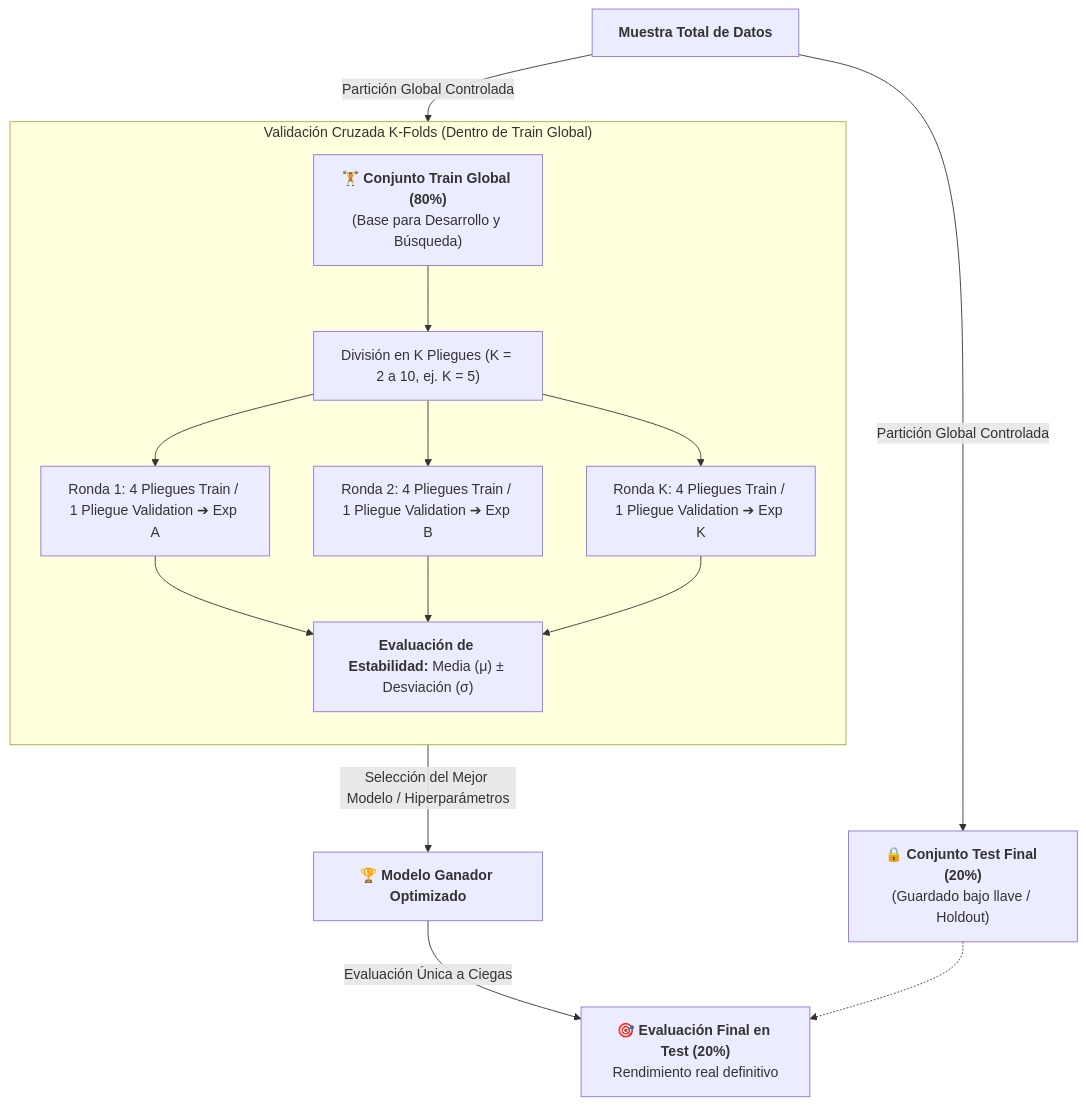
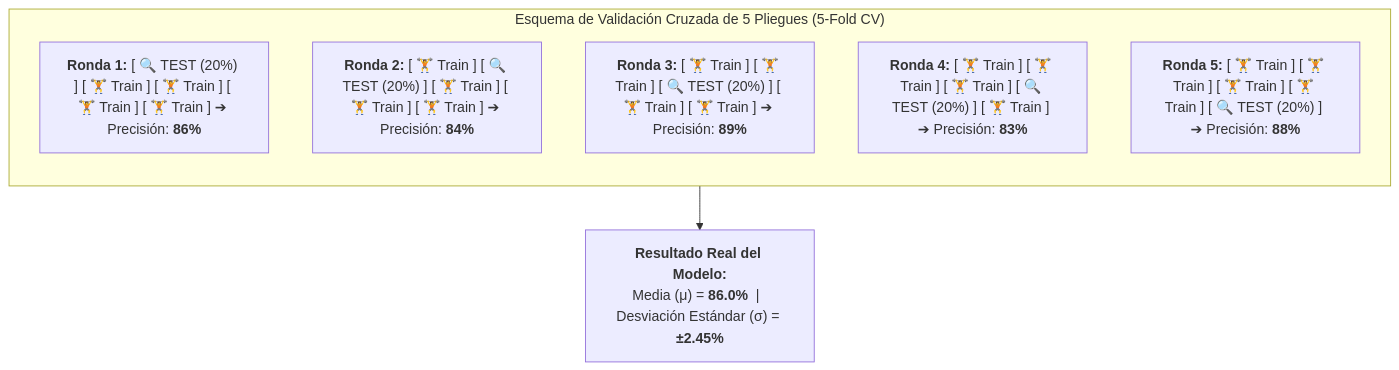
One commit to Eddyfals0/notas-obsidia-oto-o-2026 changed the fourth of 4 diagrams in minería de datos/4. Población, Muestreo, Train-Test y Cobertura Convexa de Patrones.md. Above: the diagram before and after it, drawn with Mermaid. The commit also changed other lines of this file and 3 other files, not shown here.

Commit message:
docs: detallar media, desviacion estandar e intervalos min/max con preguntas para profesor

````diff
--- a/minería de datos/4. Población, Muestreo, Train-Test y Cobertura Convexa de Patrones.md
+++ b/minería de datos/4. Población, Muestreo, Train-Test y Cobertura Convexa de Patrones.md
@@ -247,20 +217,12 @@
 ```mermaid
 flowchart TD
-    MUE["<b>Muestra Total de Datos</b>"] -->|Partición Global Controlada| TR_GLOB["🏋️ <b>Conjunto Train Global (80%)</b><br>(Base para Desarrollo y Búsqueda)"]
-    MUE -->|Partición Global Controlada| TE_GLOB["🔒 <b>Conjunto Test Final (20%)</b><br>(Guardado bajo llave / Holdout)"]
-
-    subgraph CV_INTERNA ["Validación Cruzada K-Folds (Dentro de Train Global)"]
+    subgraph KFold ["Esquema de Validación Cruzada de 5 Pliegues (5-Fold CV)"]
         direction TB
-        TR_GLOB --> FOLDS["División en K Pliegues (K = 2 a 10, ej. K = 5)"]
-        FOLDS --> R1["Ronda 1: 4 Pliegues Train / 1 Pliegue Validation ➔ Exp A"]
-        FOLDS --> R2["Ronda 2: 4 Pliegues Train / 1 Pliegue Validation ➔ Exp B"]
-        FOLDS --> RK["Ronda K: 4 Pliegues Train / 1 Pliegue Validation ➔ Exp K"]
-        R1 --> RES_CV["<b>Evaluación de Estabilidad:</b> Media (μ) ± Desviación (σ)"]
-        R2 --> RES_CV
-        RK --> RES_CV
+        R1["<b>Ronda 1:</b> [ 🔍 TEST (20%) ] [ 🏋️ Train ] [ 🏋️ Train ] [ 🏋️ Train ] [ 🏋️ Train ] ➔ Precisión: <b>86%</b>"]
+        R2["<b>Ronda 2:</b> [ 🏋️ Train ] [ 🔍 TEST (20%) ] [ 🏋️ Train ] [ 🏋️ Train ] [ 🏋️ Train ] ➔ Precisión: <b>84%</b>"]
+        R3["<b>Ronda 3:</b> [ 🏋️ Train ] [ 🏋️ Train ] [ 🔍 TEST (20%) ] [ 🏋️ Train ] [ 🏋️ Train ] ➔ Precisión: <b>89%</b>"]
+        R4["<b>Ronda 4:</b> [ 🏋️ Train ] [ 🏋️ Train ] [ 🏋️ Train ] [ 🔍 TEST (20%) ] [ 🏋️ Train ] ➔ Precisión: <b>83%</b>"]
+        R5["<b>Ronda 5:</b> [ 🏋️ Train ] [ 🏋️ Train ] [ 🏋️ Train ] [ 🏋️ Train ] [ 🔍 TEST (20%) ] ➔ Precisión: <b>88%</b>"]
     end
-
-    RES_CV -->|Selección del Mejor Modelo / Hiperparámetros| MODELO_FINAL["🏆 <b>Modelo Ganador Optimizado</b>"]
-    MODELO_FINAL -->|Evaluación Única a Ciegas| EVAL_TEST["🎯 <b>Evaluación Final en Test (20%)</b><br>Rendimiento real definitivo"]
-    TE_GLOB -.-> EVAL_TEST
+    KFold --> FINAL["<b>Resultado Real del Modelo:</b><br>Media (μ) = <b>86.0%</b>  |  Desviación Estándar (σ) = <b>±2.45%</b>"]
 ```
````
